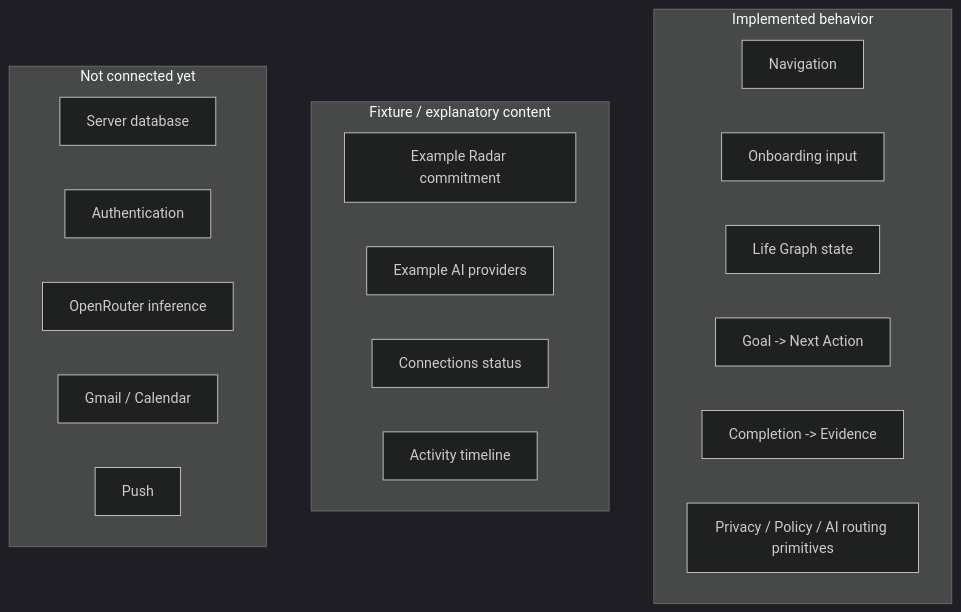
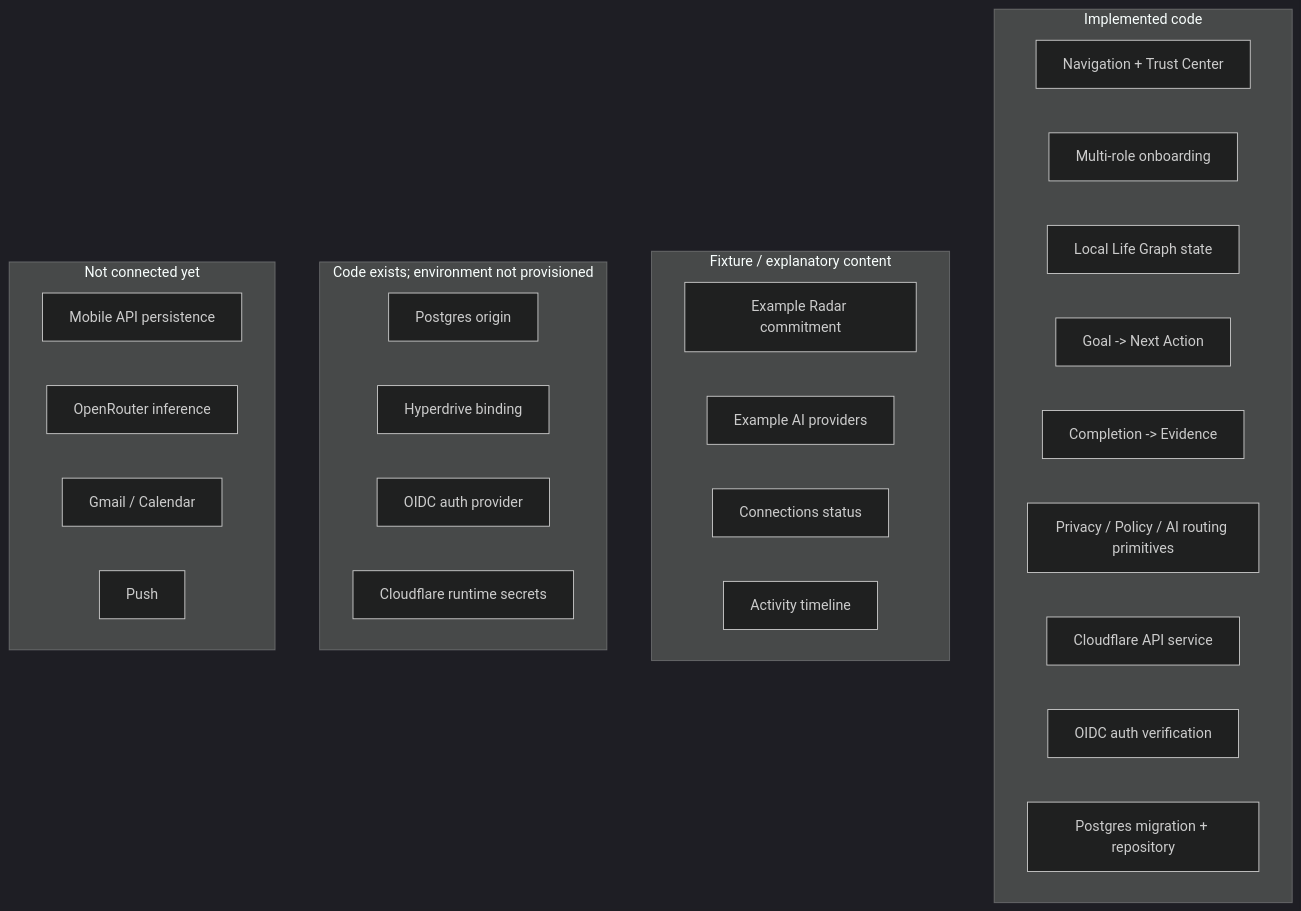
The second of 3 diagrams in docs/13-IMPLEMENTATION-STATUS.md (seq23/aplayer-mode), drawn with Mermaid (dark theme) before and after one commit. The commit also changed other lines of this file, not shown here.

Commit message:
docs: record API and Postgres foundation progress

````diff
--- a/docs/13-IMPLEMENTATION-STATUS.md
+++ b/docs/13-IMPLEMENTATION-STATUS.md
@@ -58,26 +68,35 @@
 ```mermaid
 flowchart TB
-  subgraph REAL[Implemented behavior]
-    R1[Navigation]
-    R2[Onboarding input]
-    R3[Life Graph state]
+  subgraph REAL[Implemented code]
+    R1[Navigation + Trust Center]
+    R2[Multi-role onboarding]
+    R3[Local Life Graph state]
     R4[Goal -> Next Action]
     R5[Completion -> Evidence]
     R6[Privacy / Policy / AI routing primitives]
+    R7[Cloudflare API service]
+    R8[OIDC auth verification]
+    R9[Postgres migration + repository]
   end
 
   subgraph FIXTURE[Fixture / explanatory content]
     F1[Example Radar commitment]
     F2[Example AI providers]
     F3[Connections status]
     F4[Activity timeline]
   end
 
+  subgraph NEEDSENV[Code exists; environment not provisioned]
+    P1[Postgres origin]
+    P2[Hyperdrive binding]
+    P3[OIDC auth provider]
+    P4[Cloudflare runtime secrets]
+  end
+
   subgraph NOTYET[Not connected yet]
-    N1[Server database]
-    N2[Authentication]
-    N3[OpenRouter inference]
-    N4[Gmail / Calendar]
-    N5[Push]
+    N1[Mobile API persistence]
+    N2[OpenRouter inference]
+    N3[Gmail / Calendar]
+    N4[Push]
   end
 ```
````
